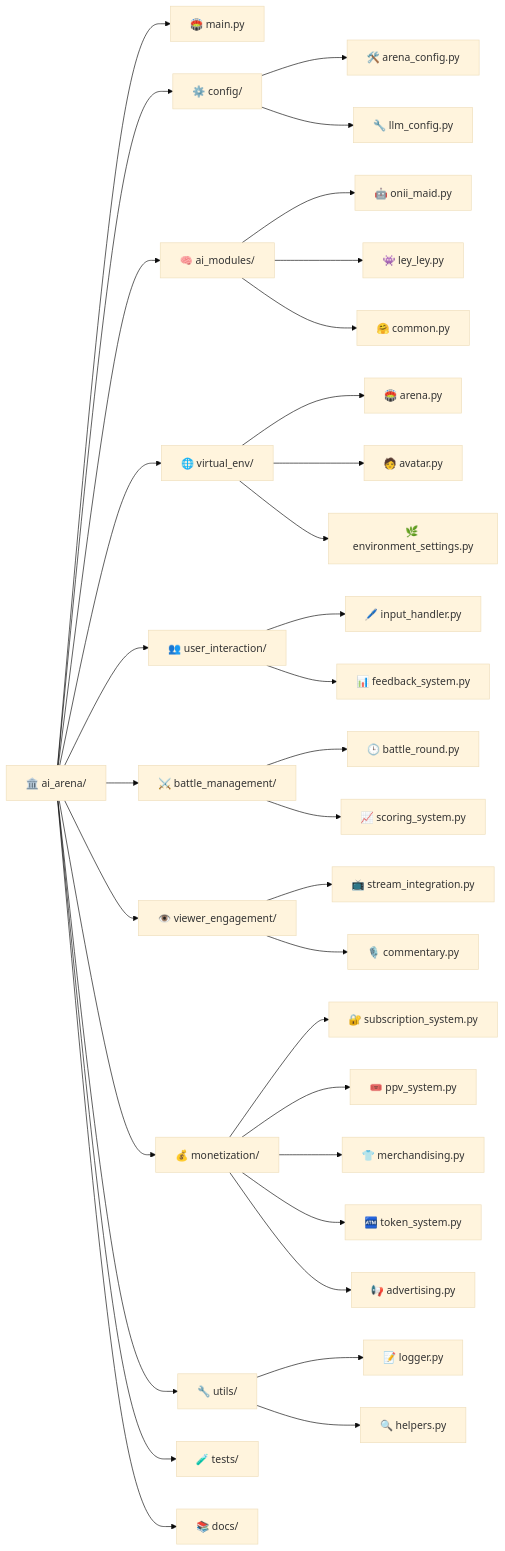
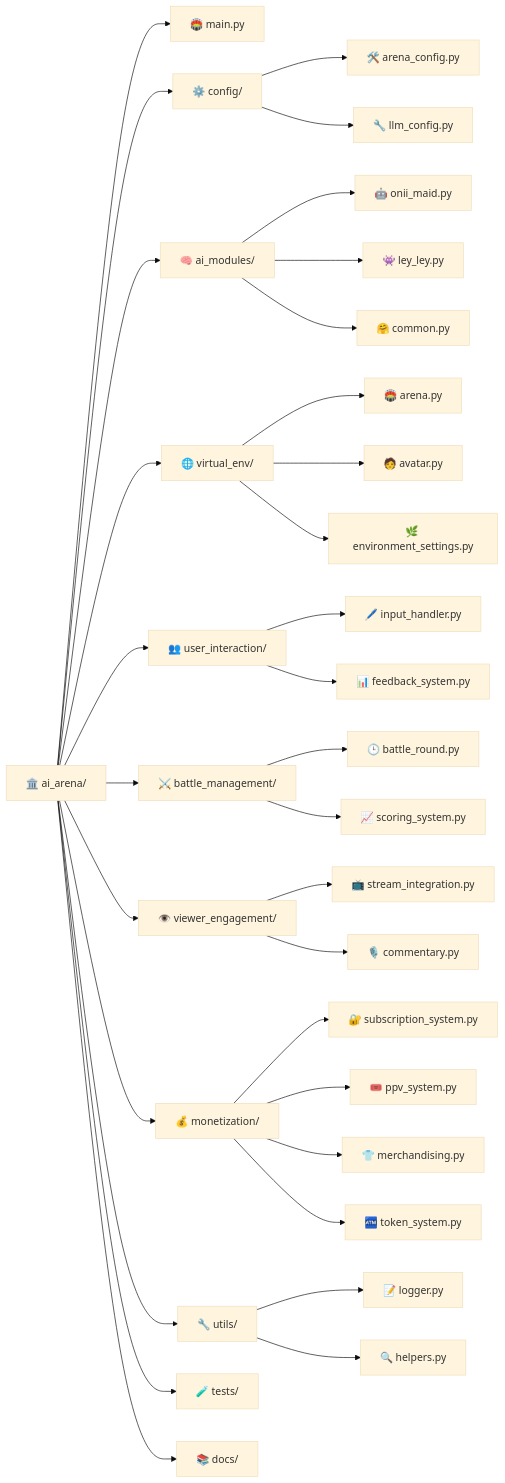
One commit to P2PayPeer/ARENA changed the diagram in README.md. Above: the diagram before and after it, drawn with Mermaid (base theme).

Commit message:
📚 README.md

````diff
--- a/README.md
+++ b/README.md
@@ -3,46 +3,45 @@
 ```mermaid
 
 flowchart LR;
 
     A["🏛️ ai_arena/"] --> B["🏟️ main.py"];
     A --> C["⚙️ config/"];
     C --> D["🛠️ arena_config.py"];
     C --> E["🔧 llm_config.py"];
 
     A --> F["🧠 ai_modules/"];
     F --> G["🤖 onii_maid.py"];
     F --> H["👾 ley_ley.py"];
     F --> I["🤗 common.py"];
 
     A --> J["🌐 virtual_env/"];
     J --> K["🏟️ arena.py"];
     J --> L["🧑 avatar.py"];
     J --> M["🌿 environment_settings.py"];
 
     A --> N["👥 user_interaction/"];
     N --> O["🖊️ input_handler.py"];
     N --> P["📊 feedback_system.py"];
 
     A --> Q["⚔️ battle_management/"];
     Q --> R["🕒 battle_round.py"];
     Q --> S["📈 scoring_system.py"];
 
     A --> T["👁️ viewer_engagement/"];
     T --> U["📺 stream_integration.py"];
     T --> V["🎙️ commentary.py"];
 
     A --> W["💰 monetization/"];
     W --> X["🔐 subscription_system.py"];
     W --> Y["🎟️ ppv_system.py"];
     W --> Z["👕 merchandising.py"];
     W --> AA["🏧 token_system.py"];
-    W --> AB["📢 advertising.py"];
 
     A --> AC["🔧 utils/"];
     AC --> AD["📝 logger.py"];
     AC --> AE["🔍 helpers.py"];
 
     A --> AF["🧪 tests/"];
     A --> AG["📚 docs/"];
 
 ```
````
